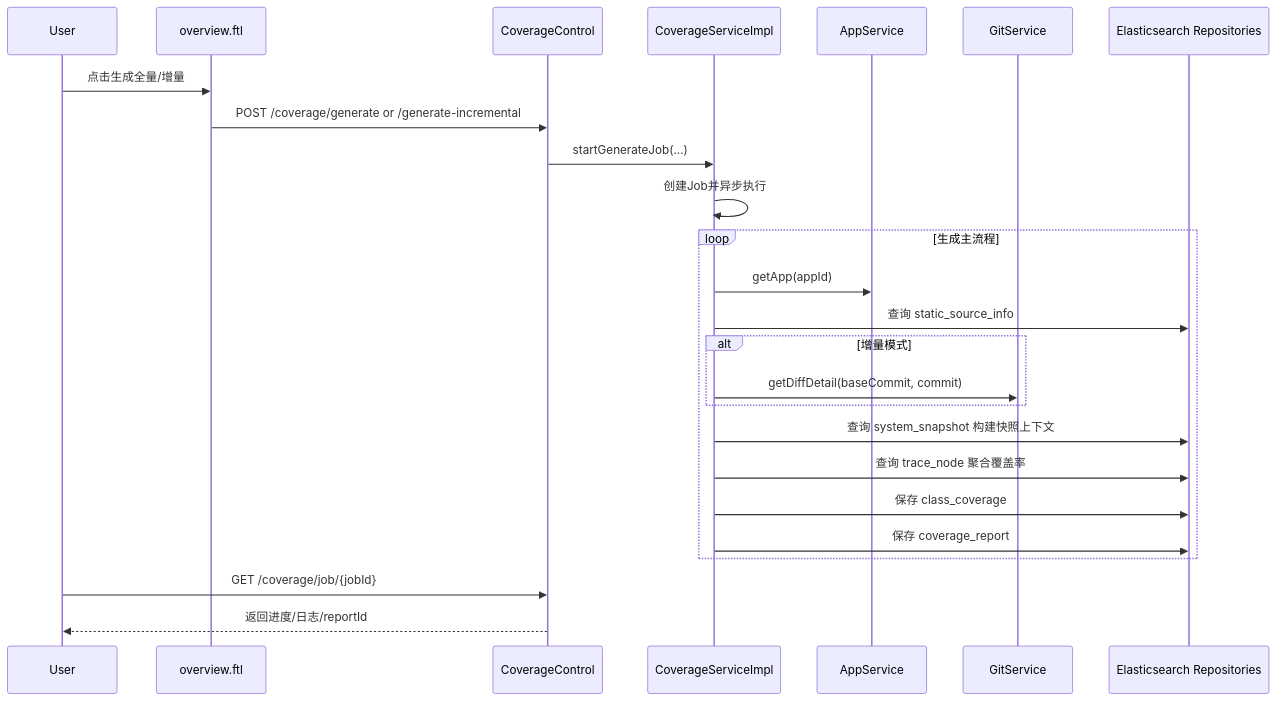
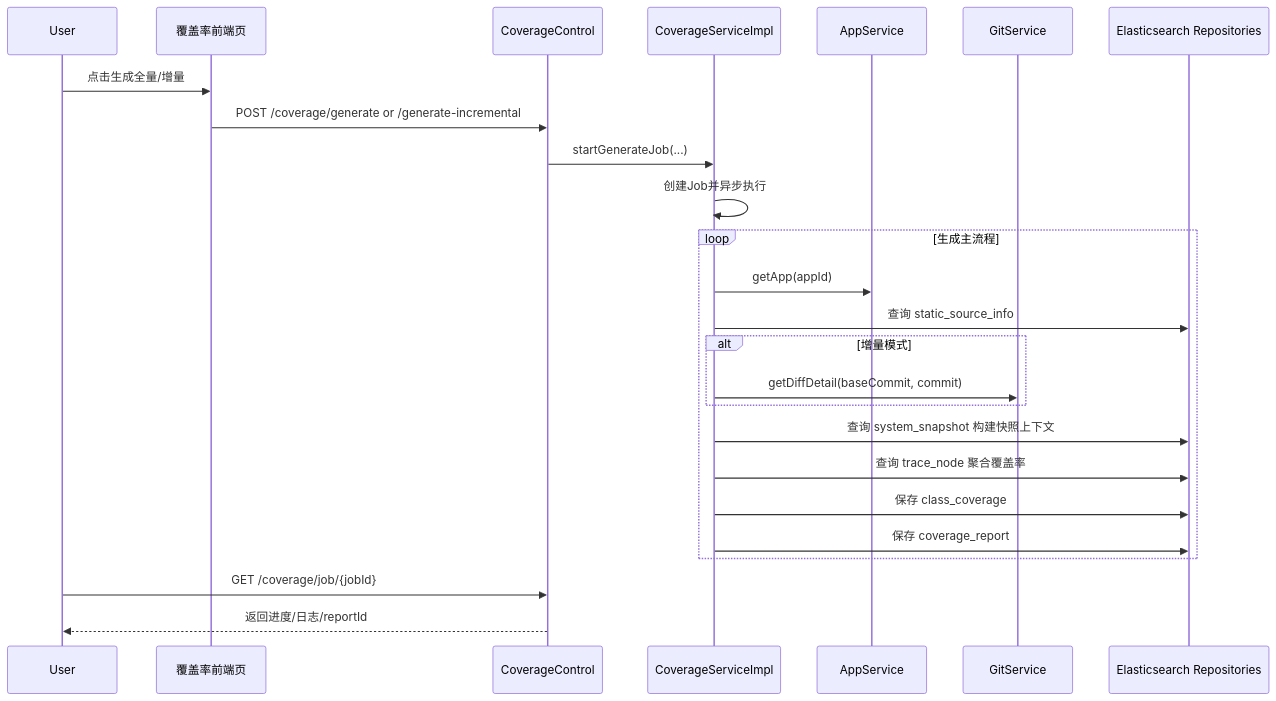
The tenth of 10 diagrams in oAT-service/oAT-service-web/README-coverage-architecture.md (000xiaoxiao000/oAccurateTest), drawn with Mermaid before and after one commit. The commit also changed other lines of this file and 1 other file, not shown here.

````diff
--- a/oAT-service/oAT-service-web/README-coverage-architecture.md
+++ b/oAT-service/oAT-service-web/README-coverage-architecture.md
@@ -322,30 +322,30 @@
 ```mermaid
 sequenceDiagram
   participant User
-  participant UI as overview.ftl
+  participant UI as 覆盖率前端页
   participant Ctrl as CoverageControl
   participant Svc as CoverageServiceImpl
   participant App as AppService
   participant Git as GitService
   participant ES as Elasticsearch Repositories
 
   User->>UI: 点击生成全量/增量
   UI->>Ctrl: POST /coverage/generate or /generate-incremental
   Ctrl->>Svc: startGenerateJob(...)
   Svc->>Svc: 创建Job并异步执行
 
   loop 生成主流程
     Svc->>App: getApp(appId)
     Svc->>ES: 查询 static_source_info
     alt 增量模式
       Svc->>Git: getDiffDetail(baseCommit, commit)
     end
     Svc->>ES: 查询 system_snapshot 构建快照上下文
     Svc->>ES: 查询 trace_node 聚合覆盖率
     Svc->>ES: 保存 class_coverage
     Svc->>ES: 保存 coverage_report
   end
 
   User->>Ctrl: GET /coverage/job/{jobId}
   Ctrl-->>User: 返回进度/日志/reportId
 ```
````
